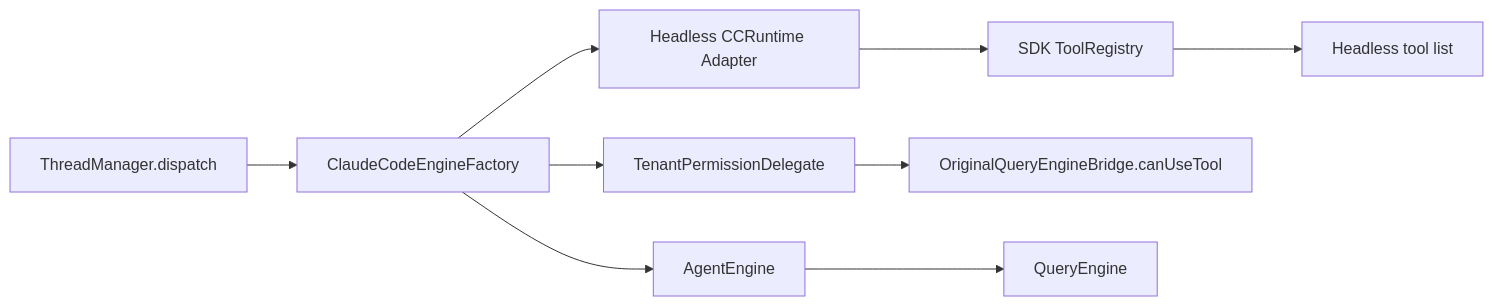
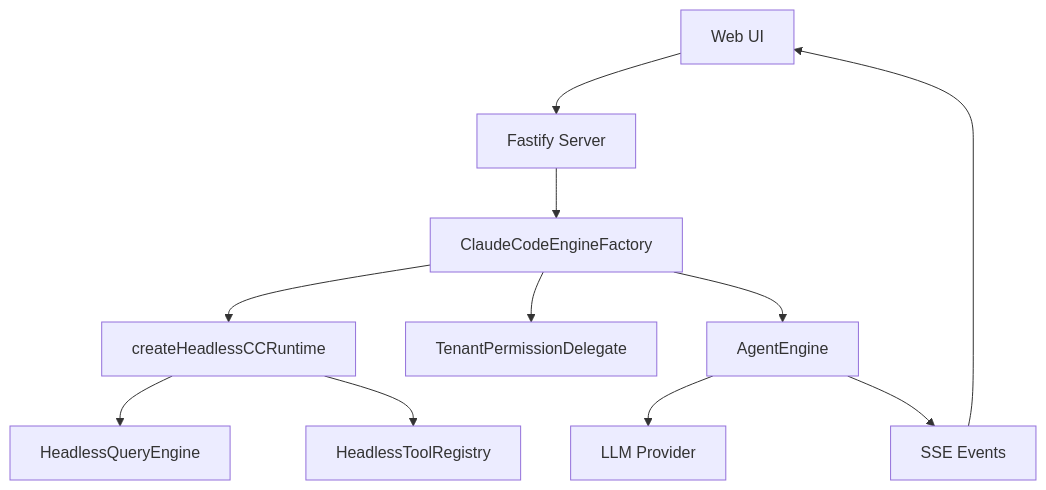
One commit to tony-is-coding/neptune-lab changed the first of 2 diagrams in neptune-ai/docs/superpowers/specs/2026-05-20-layered-architecture-optimization-design.md. Above: the diagram before and after it, drawn with Mermaid. The commit also changed other lines of this file and 68 other files, not shown here.

````diff
--- a/neptune-ai/docs/superpowers/specs/2026-05-20-layered-architecture-optimization-design.md
+++ b/neptune-ai/docs/superpowers/specs/2026-05-20-layered-architecture-optimization-design.md
@@ -144,11 +147,13 @@
 ```mermaid
-flowchart LR
-  ThreadManager["ThreadManager.dispatch"] --> Factory["ClaudeCodeEngineFactory"]
-  Factory --> Runtime["Headless CCRuntime Adapter"]
-  Factory --> Permission["TenantPermissionDelegate"]
-  Runtime --> Registry["SDK ToolRegistry"]
-  Registry --> Tools["Headless tool list"]
-  Permission --> Bridge["OriginalQueryEngineBridge.canUseTool"]
-  Factory --> Engine["AgentEngine"]
-  Engine --> Query["QueryEngine"]
+flowchart TD
+    Web["Web UI"] --> Server["Fastify Server"]
+    Server --> Factory["ClaudeCodeEngineFactory"]
+    Factory --> Runtime["createHeadlessCCRuntime"]
+    Runtime --> Query["HeadlessQueryEngine"]
+    Runtime --> Tools["HeadlessToolRegistry"]
+    Factory --> Permissions["TenantPermissionDelegate"]
+    Factory --> Engine["AgentEngine"]
+    Engine --> Provider["LLM Provider"]
+    Engine --> SSE["SSE Events"]
+    SSE --> Web
 ```
````
